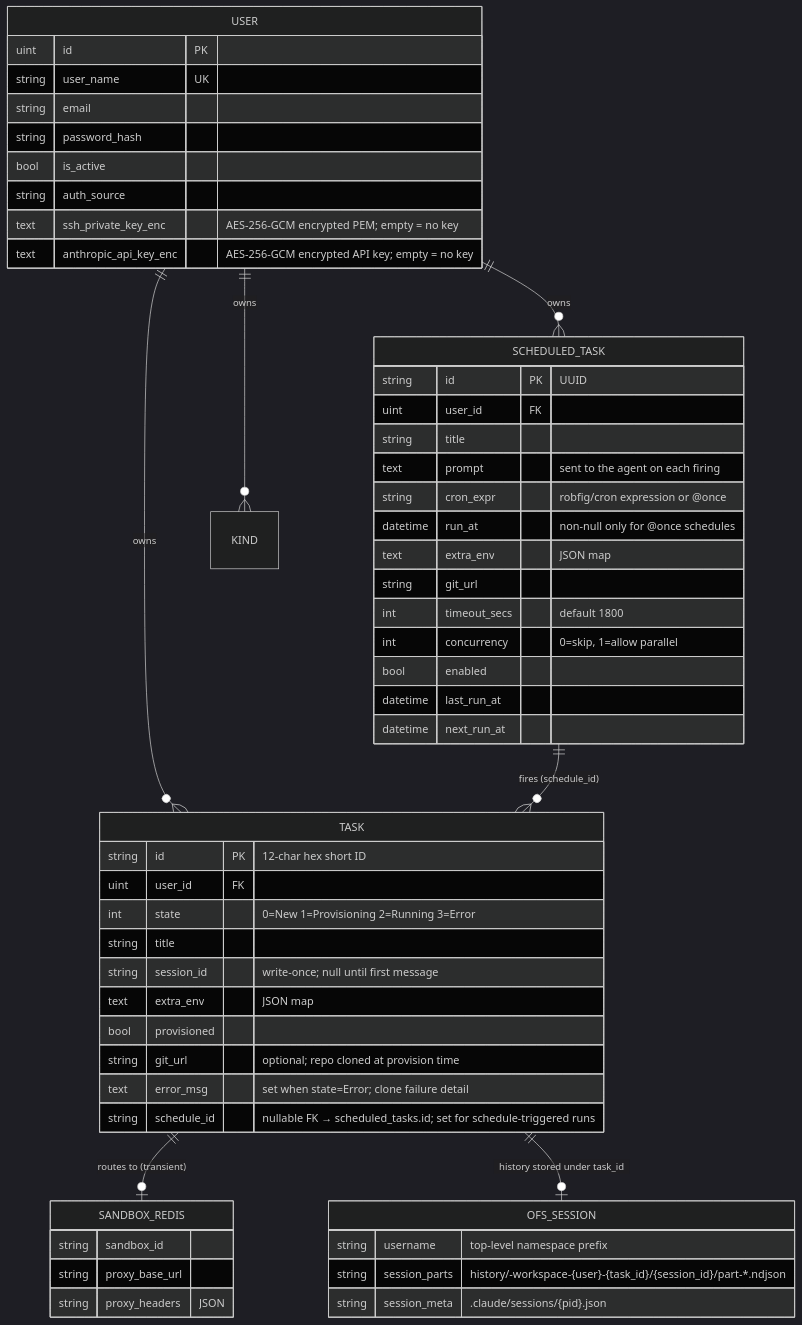
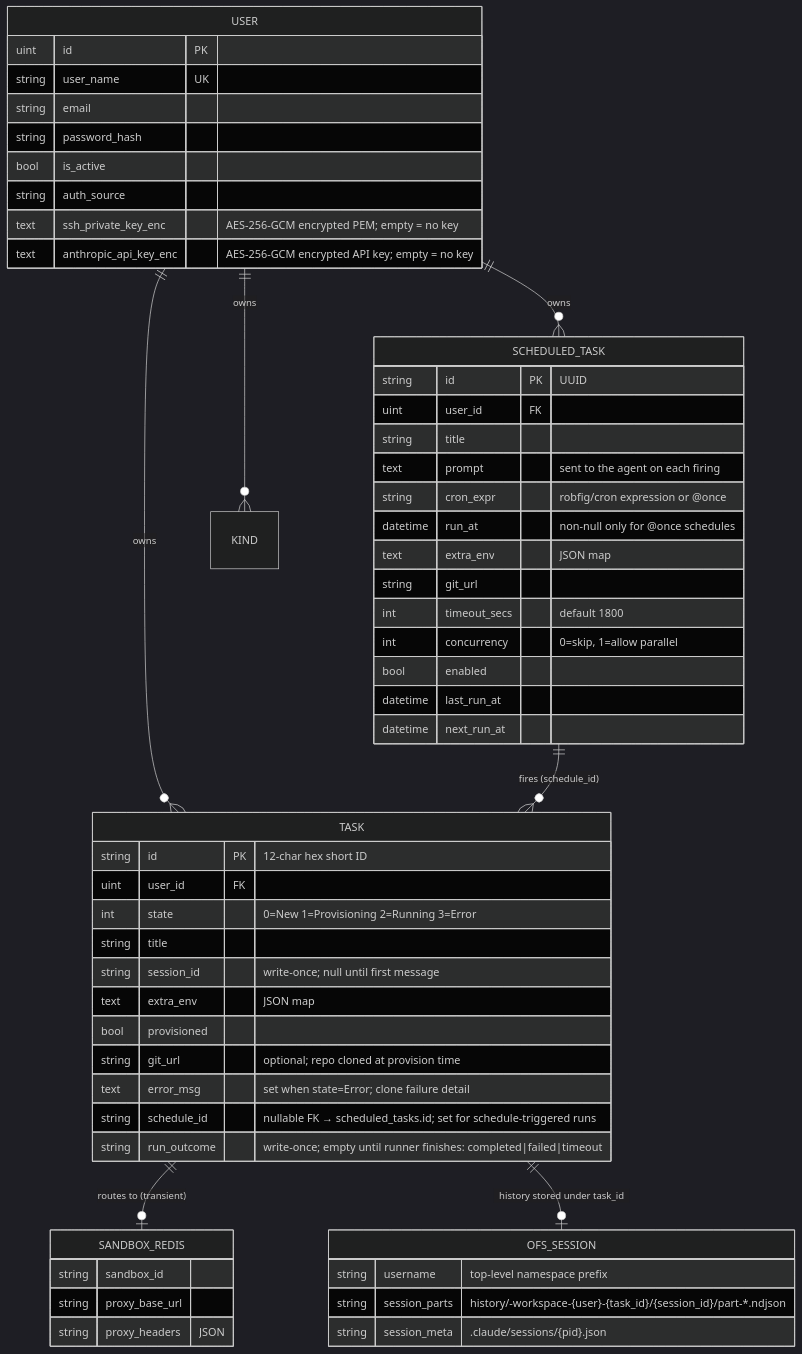
The diagram in backend/docs/specs/data-management.md (o0O96O0o/cloud-agents), drawn with Mermaid (dark theme) before and after one commit. The commit also changed other lines of this file and 6 other files, not shown here.

````diff
--- a/backend/docs/specs/data-management.md
+++ b/backend/docs/specs/data-management.md
@@ -18,61 +18,62 @@
 ```mermaid
 erDiagram
     USER {
         uint   id                       PK
         string user_name                UK
         string email
         string password_hash
         bool   is_active
         string auth_source
         text   ssh_private_key_enc          "AES-256-GCM encrypted PEM; empty = no key"
         text   anthropic_api_key_enc        "AES-256-GCM encrypted API key; empty = no key"
     }
 
     TASK {
         string  id           PK  "12-char hex short ID"
         uint    user_id      FK
         int     state            "0=New 1=Provisioning 2=Running 3=Error"
         string  title
         string  session_id       "write-once; null until first message"
         text    extra_env        "JSON map"
         bool    provisioned
         string  git_url          "optional; repo cloned at provision time"
         text    error_msg        "set when state=Error; clone failure detail"
         string  schedule_id      "nullable FK → scheduled_tasks.id; set for schedule-triggered runs"
+        string  run_outcome      "write-once; empty until runner finishes: completed|failed|timeout"
     }
 
     SCHEDULED_TASK {
         string  id           PK  "UUID"
         uint    user_id      FK
         string  title
         text    prompt           "sent to the agent on each firing"
         string  cron_expr        "robfig/cron expression or @once"
         datetime run_at          "non-null only for @once schedules"
         text    extra_env        "JSON map"
         string  git_url
         int     timeout_secs     "default 1800"
         int     concurrency      "0=skip, 1=allow parallel"
         bool    enabled
         datetime last_run_at
         datetime next_run_at
     }
 
     SANDBOX_REDIS {
         string sandbox_id
         string proxy_base_url
         string proxy_headers     "JSON"
     }
 
     OFS_SESSION {
         string username          "top-level namespace prefix"
         string session_parts     "history/-workspace-{user}-{task_id}/{session_id}/part-*.ndjson"
         string session_meta      ".claude/sessions/{pid}.json"
     }
 
     USER ||--o{ TASK           : "owns"
     USER ||--o{ KIND           : "owns"
     USER ||--o{ SCHEDULED_TASK : "owns"
     SCHEDULED_TASK ||--o{ TASK : "fires (schedule_id)"
     TASK ||--o| SANDBOX_REDIS  : "routes to (transient)"
     TASK ||--o| OFS_SESSION    : "history stored under task_id"
 ```
````
